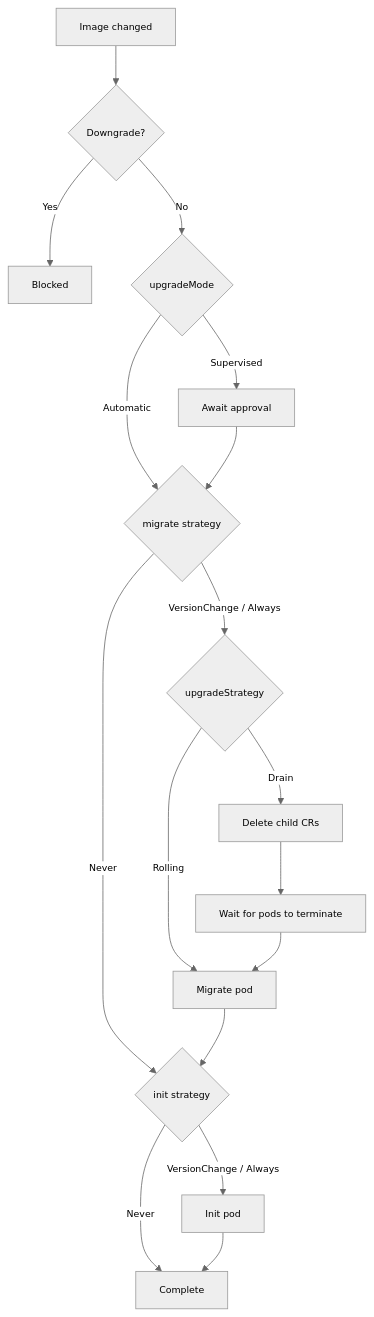
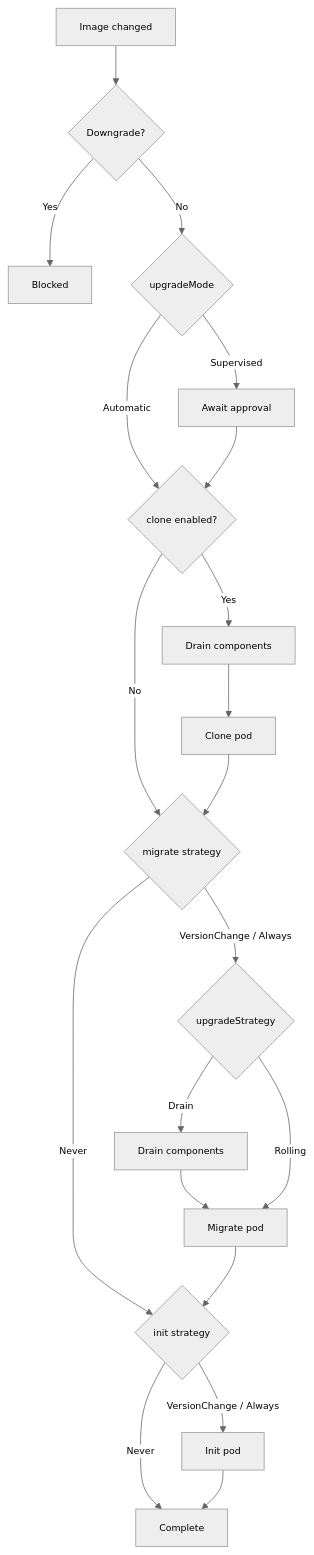
Before and after one commit to renovate-bot/apache-_-superset-kubernetes-operator: the diagram in docs/user-guide/lifecycle.md, drawn with Mermaid. The commit also changed other lines of this file and 28 other files, not shown here.

````diff
--- a/docs/user-guide/lifecycle.md
+++ b/docs/user-guide/lifecycle.md
@@ -133,18 +137,21 @@
 ```mermaid
 %%{init: {'theme': 'neutral', 'themeVariables': {'fontSize': '12px'}}}%%
 flowchart TD
     A[Image changed] --> B{Downgrade?}
     B -->|Yes| C[Blocked]
     B -->|No| D{upgradeMode}
     D -->|Automatic| F
     D -->|Supervised| E[Await approval]
-    E --> F{migrate strategy}
-    F -->|Never| I
-    F -->|VersionChange / Always| G{upgradeStrategy}
-    G -->|Rolling| H[Migrate pod]
-    G -->|Drain| G1[Delete child CRs] --> G2[Wait for pods to terminate] --> H
+    E --> F{clone enabled?}
+    F -->|Yes| F1[Drain components] --> F2[Clone pod]
+    F -->|No| G{migrate strategy}
+    F2 --> G
+    G -->|Never| I
+    G -->|VersionChange / Always| G1{upgradeStrategy}
+    G1 -->|Drain| G2[Drain components] --> H[Migrate pod]
+    G1 -->|Rolling| H
     H --> I{init strategy}
     I -->|Never| K[Complete]
     I -->|VersionChange / Always| J[Init pod]
     J --> K
 ```
````
